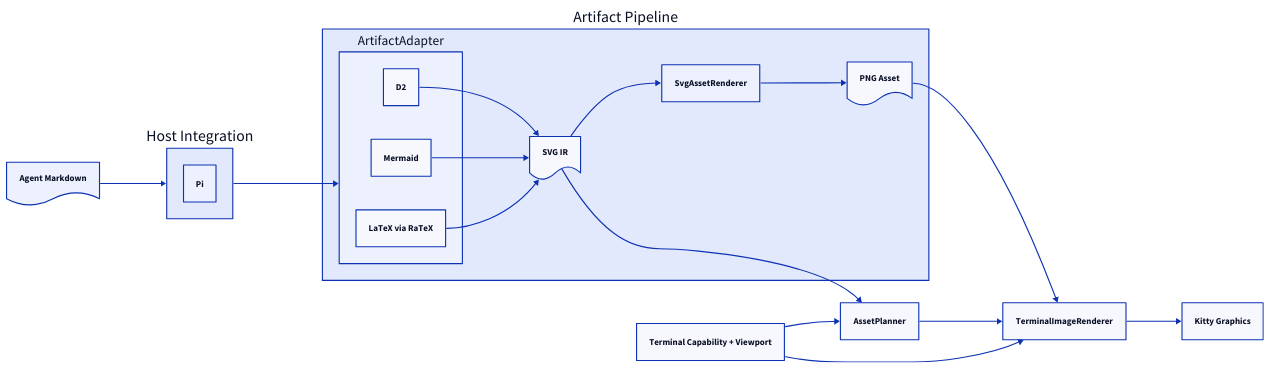
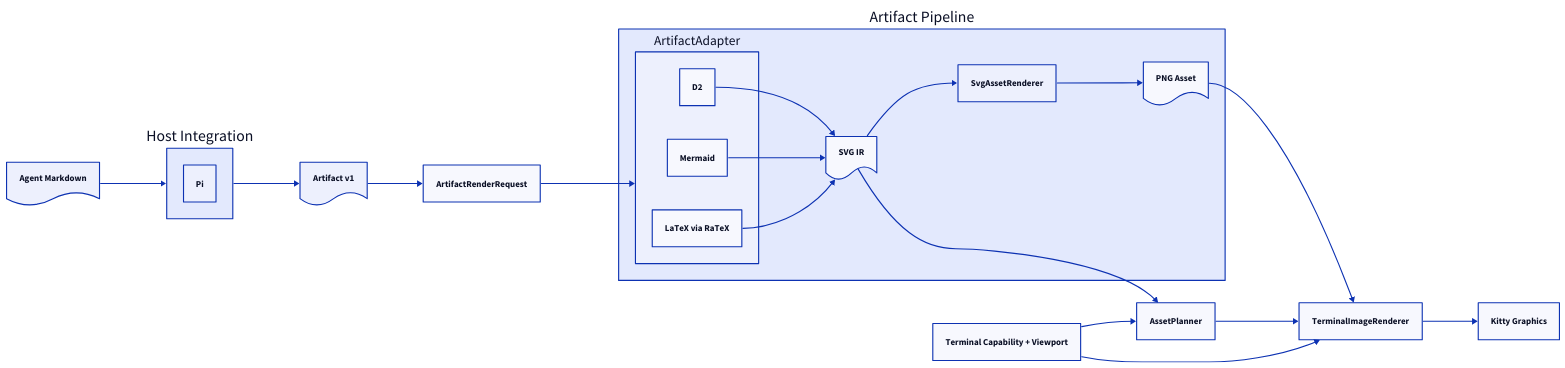
The diagram in README.md (yanyaoer/pi-inline-viz), drawn with D2 before and after one commit. The commit also changed other lines of this file and 27 other files, not shown here.

````diff
--- a/README.md
+++ b/README.md
@@ -14,47 +14,51 @@
 ```d2
 direction: right
 
 markdown: Agent Markdown {
   shape: document
 }
 host: Host Integration {
   pi: Pi
 }
+artifact: Artifact v1 {
+  shape: document
+}
+request: ArtifactRenderRequest
 pipeline: Artifact Pipeline {
   direction: down
   adapter: ArtifactAdapter {
     direction: down
     d2: D2
     mermaid: Mermaid
     latex: LaTeX via RaTeX
   }
   svg: SVG IR {
     shape: document
   }
   asset: AssetRenderer {
     label: SvgAssetRenderer
   }
   png: PNG Asset {
     shape: document
   }
 
   adapter.d2 -> svg
   adapter.mermaid -> svg
   adapter.latex -> svg
   svg -> asset -> png
 }
 planner: AssetPlanner
 terminal: TerminalRenderer {
   label: TerminalImageRenderer
 }
 environment: Terminal Capability + Viewport
 kitty: Kitty Graphics
 
-markdown -> host -> pipeline.adapter
+markdown -> host -> artifact -> request -> pipeline.adapter
 pipeline.svg -> planner
 environment -> planner
 planner -> terminal
 pipeline.png -> terminal
 environment -> terminal
 terminal -> kitty
 ```
````
